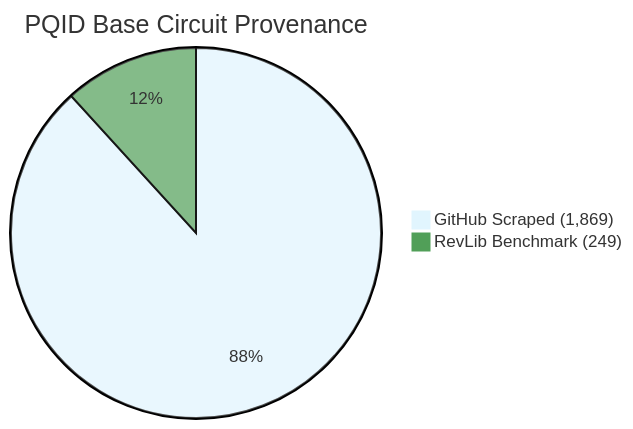
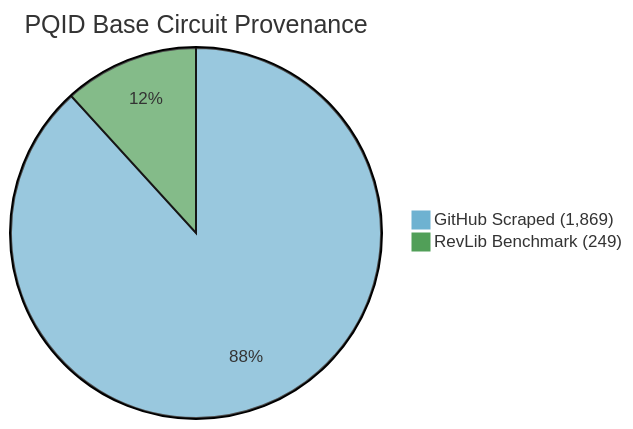
Before and after one commit to Elias-Abebe-Gasparini/PQID-Dataset: the third of 4 diagrams in README.md, drawn with Mermaid. The commit also changed other lines of this file, not shown here.

````diff
--- a/README.md
+++ b/README.md
@@ -177,6 +177,6 @@
 ```mermaid
-%%{init: {'theme': 'base', 'themeVariables': { 'pie1': '#e1f5fe', 'pie2': '#519f58'}}}%%
+%%{init: {'theme': 'base', 'themeVariables': { 'pie1': '#6eb2d1', 'pie2': '#519f58'}}}%%
 pie title PQID Base Circuit Provenance
     "GitHub Scraped (1,869)" : 1869
     "RevLib Benchmark (249)" : 249
 ```
````
